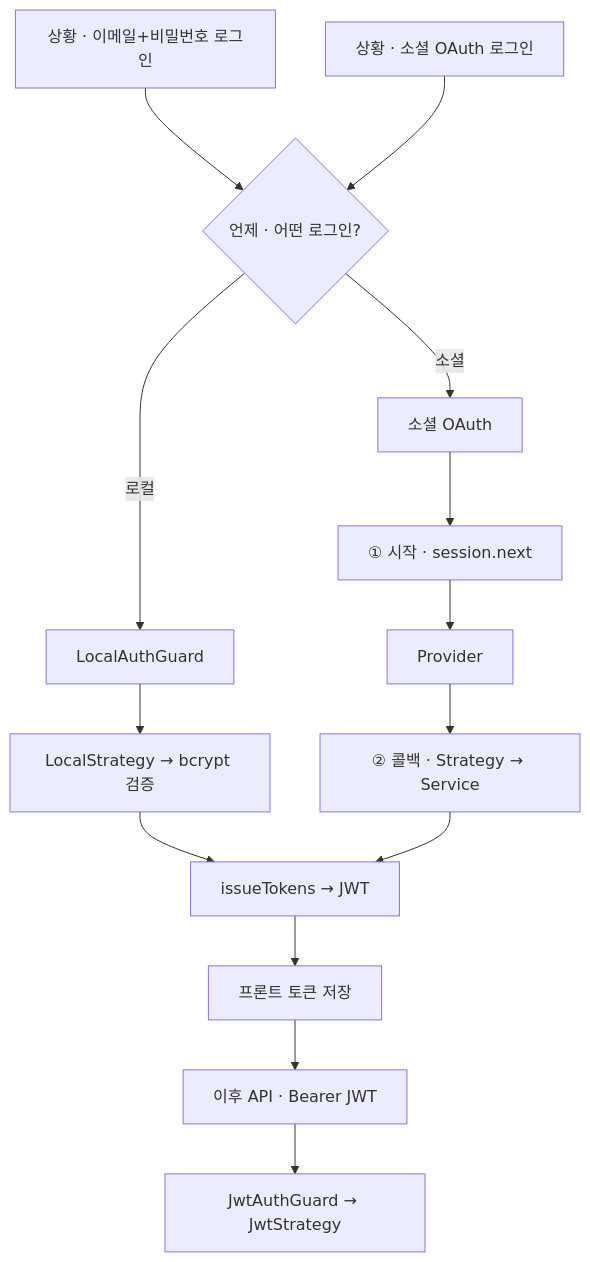
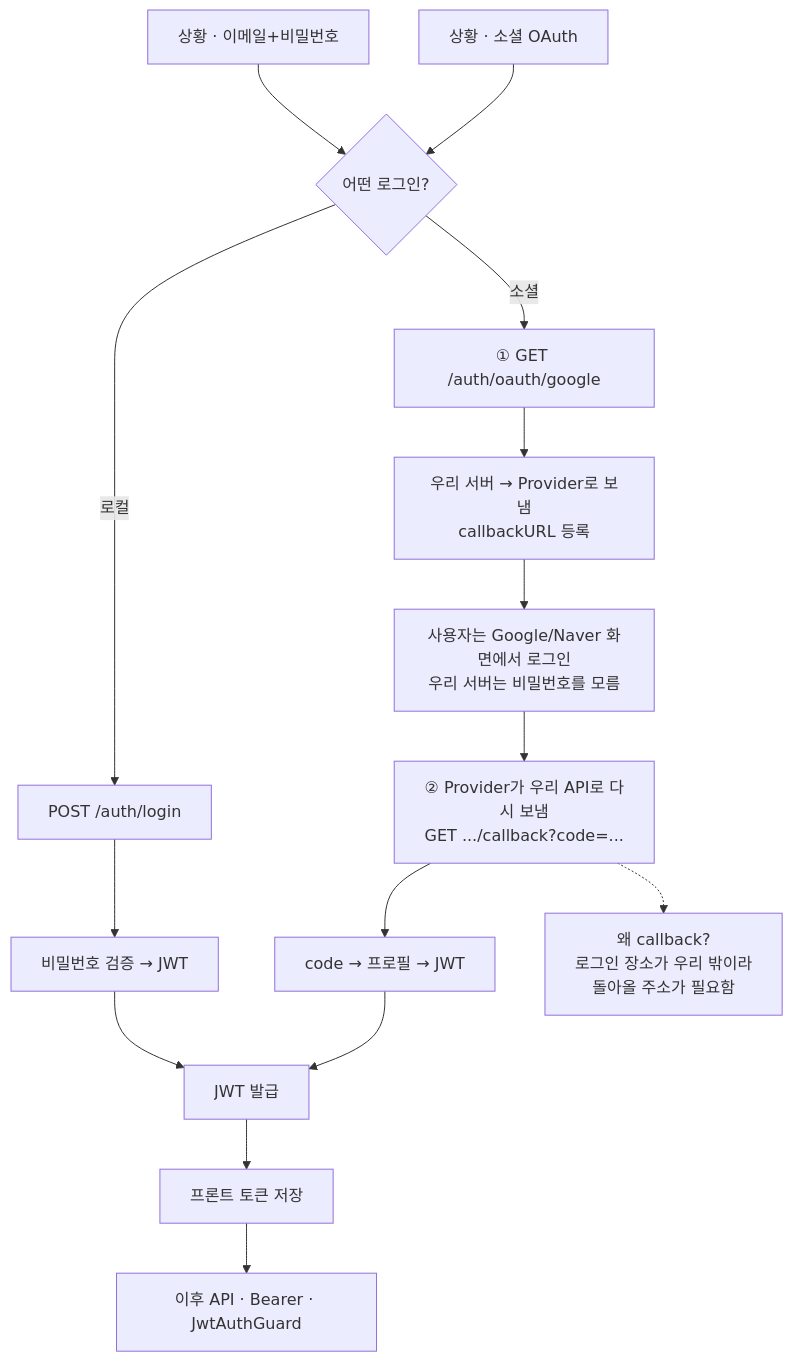
One commit to hgim96715-lgtm/Obsidian_study changed the diagram in 20_Wiki/23_Backend/NestJS_Ecosystem/NestJS_Auth.md. Above: the diagram before and after it, drawn with Mermaid. The commit also changed other lines of this file and 1 other file, not shown here.

Commit message:
docs: NestJS_Auth 및 NestJS_Transaction 문서 업데이트 및 흐름도 개선

````diff
--- a/20_Wiki/23_Backend/NestJS_Ecosystem/NestJS_Auth.md
+++ b/20_Wiki/23_Backend/NestJS_Ecosystem/NestJS_Auth.md
@@ -28,32 +23,32 @@
 ```mermaid
 flowchart TD
-    W1["상황 · 이메일+비밀번호 로그인"]
-    W2["상황 · 소셜 OAuth 로그인"]
+    W1["상황 · 이메일+비밀번호"]
+    W2["상황 · 소셜 OAuth"]
 
-    Q{"언제 · 어떤 로그인?"}
+    Q{"어떤 로그인?"}
 
     W1 --> Q
     W2 --> Q
 
     Q -->|로컬| A
     Q -->|소셜| B
 
-    A["LocalAuthGuard"]
-    A1["LocalStrategy → bcrypt 검증"]
+    A["POST /auth/login"]
+    A1["비밀번호 검증 → JWT"]
     A --> A1
 
-    B["소셜 OAuth"]
-    B1["① 시작 · session.next"]
-    B2["Provider"]
-    B3["② 콜백 · Strategy → Service"]
-    B --> B1 --> B2 --> B3
+    B["① GET /auth/oauth/google"]
+    B1["우리 서버 → Provider로 보냄<br/>callbackURL 등록"]
+    B2["사용자는 Google/Naver 화면에서 로그인<br/>우리 서버는 비밀번호를 모름"]
+    B3["② Provider가 우리 API로 다시 보냄<br/>GET .../callback?code=..."]
+    B4["code → 프로필 → JWT"]
+    B --> B1 --> B2 --> B3 --> B4
 
-    A1 --> T["issueTokens → JWT"]
-    B3 --> T
+    WHY["왜 callback?<br/>로그인 장소가 우리 밖이라<br/>돌아올 주소가 필요함"]
+    B3 -.-> WHY
+
+    A1 --> T["JWT 발급"]
+    B4 --> T
     T --> F["프론트 토큰 저장"]
-
-    F --> C
-    C["이후 API · Bearer JWT"]
-    C1["JwtAuthGuard → JwtStrategy"]
-    C --> C1
+    F --> C["이후 API · Bearer · JwtAuthGuard"]
 ```
````
